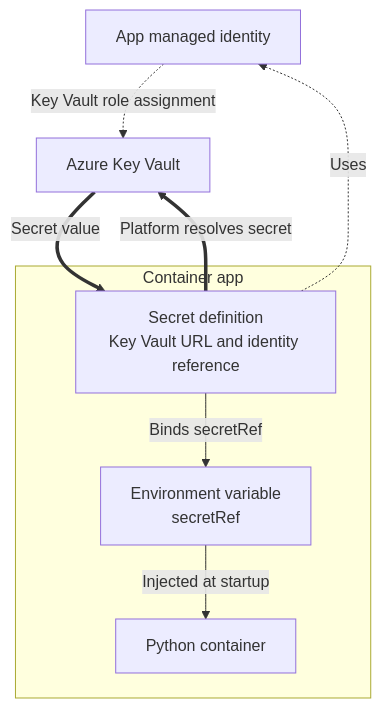
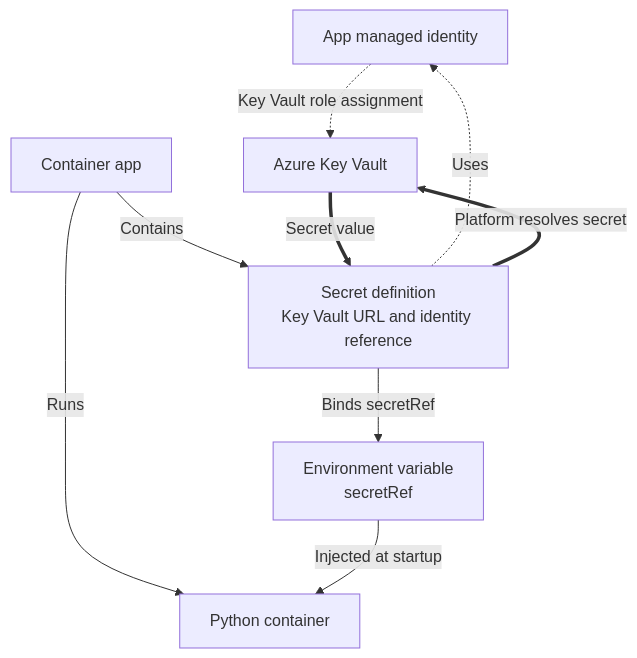
The diagram in docs/language-guides/python/recipes/key-vault-reference.md (yeongseon/azure-container-apps-practical-guide), drawn with Mermaid before and after one commit. The commit also changed other lines of this file and 16 other files, not shown here.

Commit message:
fix(docs): address Python recipe diagram review

````diff
--- a/docs/language-guides/python/recipes/key-vault-reference.md
+++ b/docs/language-guides/python/recipes/key-vault-reference.md
@@ -16,21 +16,22 @@
 ```mermaid
 flowchart TD
     accTitle: Resolve a Key Vault-backed Container Apps secret
     accDescr: A Container Apps secret stores a Key Vault URL and identity reference. The platform uses the app identity and its Key Vault role assignment to resolve the value, then injects the referenced secret into the Python container as an environment variable.
 
     APP_ID[App managed identity]
     KV[Azure Key Vault]
 
-    subgraph APP[Container app]
-        CONFIG[Secret definition<br/>Key Vault URL and identity reference]
-        ENVVAR[Environment variable<br/>secretRef]
-        PYTHON[Python container]
-    end
+    APP[Container app]
+    CONFIG[Secret definition<br/>Key Vault URL and identity reference]
+    ENVVAR[Environment variable<br/>secretRef]
+    PYTHON[Python container]
 
+    APP -->|Contains| CONFIG
+    APP -->|Runs| PYTHON
     CONFIG -.->|Uses| APP_ID
     APP_ID -.->|Key Vault role assignment| KV
     CONFIG ==>|Platform resolves secret| KV
     KV ==>|Secret value| CONFIG
     CONFIG -->|Binds secretRef| ENVVAR
     ENVVAR -->|Injected at startup| PYTHON
 ```
````
